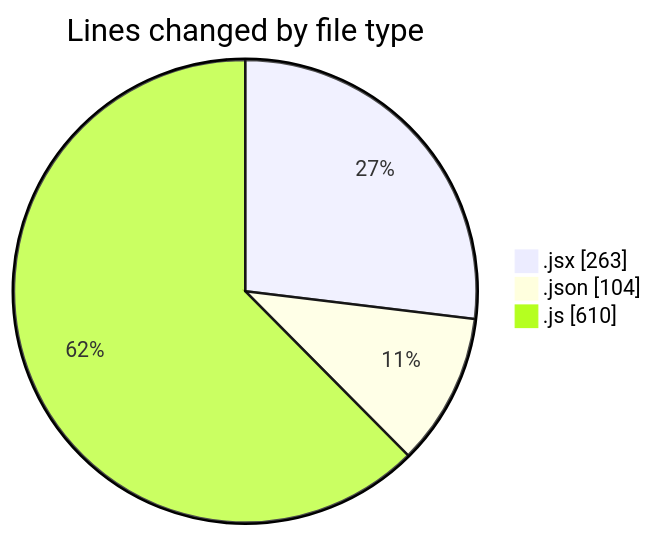
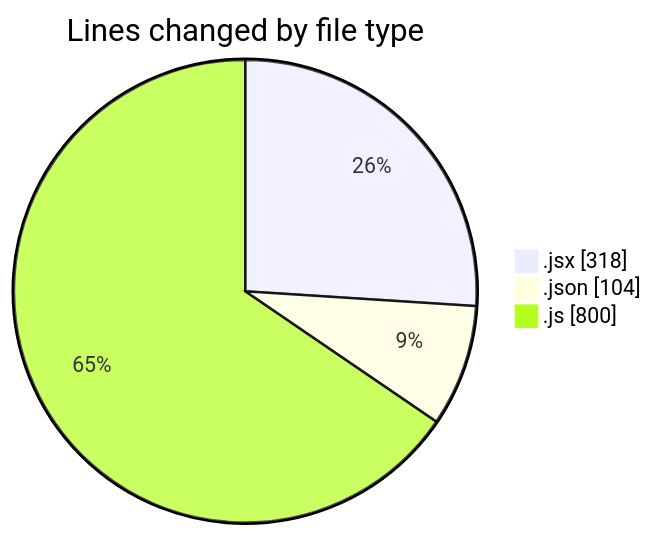
One commit to momahboobian/code-tracking changed the first of 2 diagrams in 2025-05-19/cda/README.md. Above: the diagram before and after it, drawn with Mermaid. The commit also changed other lines of this file and 1 other file, not shown here.

````diff
--- a/2025-05-19/cda/README.md
+++ b/2025-05-19/cda/README.md
@@ -22,7 +24,7 @@
 ```mermaid
 pie showData
 title Lines changed by file type
-".jsx" : 263
+".jsx" : 318
 ".json" : 104
-".js" : 610
+".js" : 800
 ```
````
